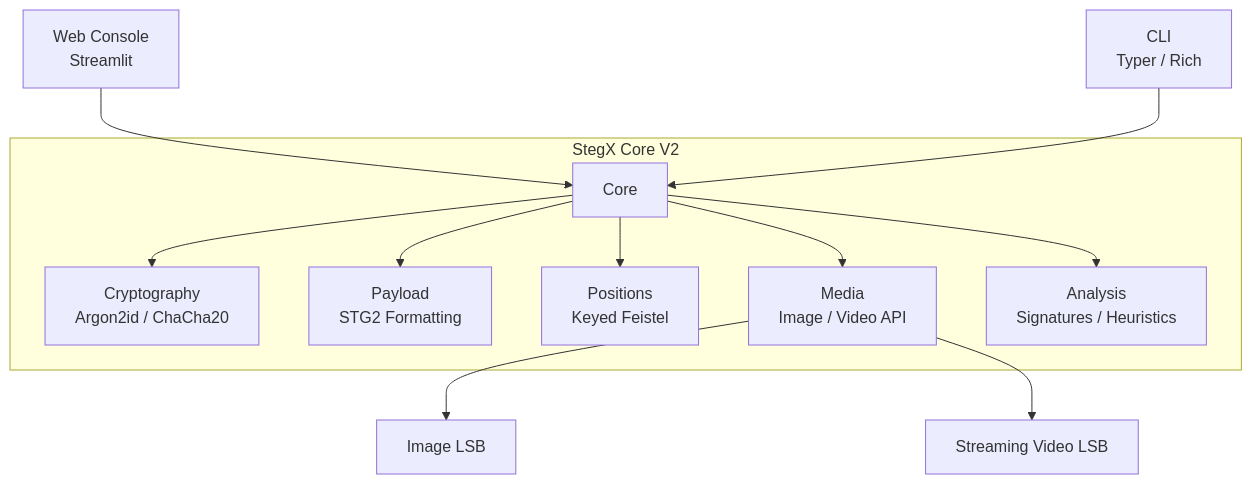
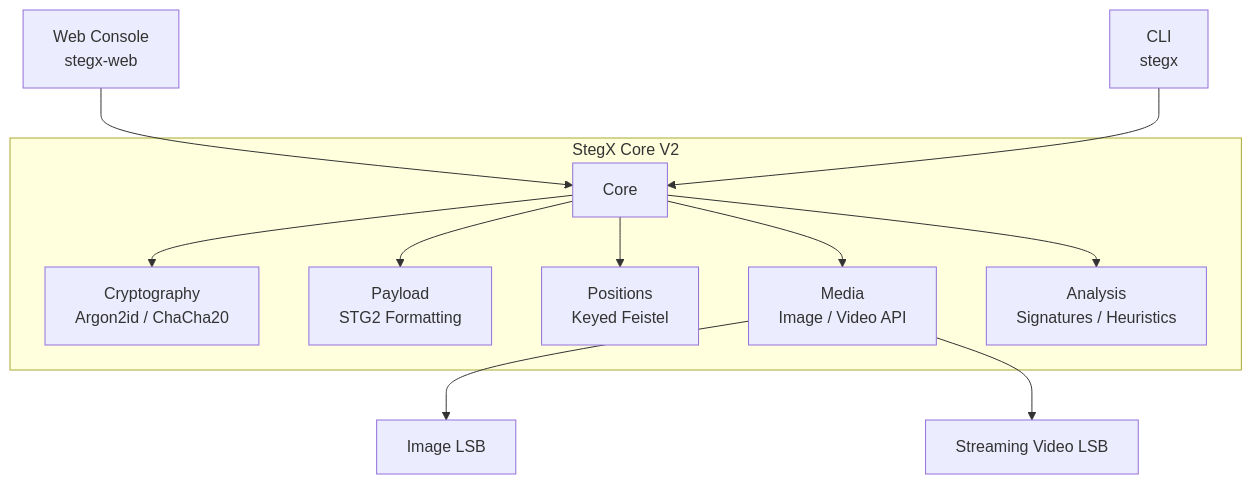
The first of 2 diagrams in README.md (adicyb/StegX-v2), drawn with Mermaid before and after one commit. The commit also changed other lines of this file and 3 other files, not shown here.

````diff
--- a/README.md
+++ b/README.md
@@ -40,16 +41,16 @@
 ```mermaid
 graph TD
-    UI[Web Console<br/>Streamlit] --> Core
-    CLI[CLI<br/>Typer / Rich] --> Core
+    UI[Web Console<br/>stegx-web] --> Core
+    CLI[CLI<br/>stegx] --> Core
 
     subgraph StegX Core V2
         Core --> Crypto[Cryptography<br/>Argon2id / ChaCha20]
         Core --> Payload[Payload<br/>STG2 Formatting]
         Core --> Positions[Positions<br/>Keyed Feistel]
         Core --> Format[Media<br/>Image / Video API]
         Core --> Analyze[Analysis<br/>Signatures / Heuristics]
     end
 
     Format --> Image[Image LSB]
     Format --> Video[Streaming Video LSB]
 ```
````
